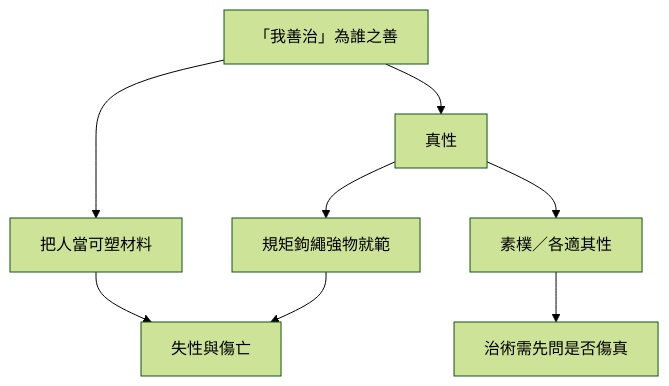
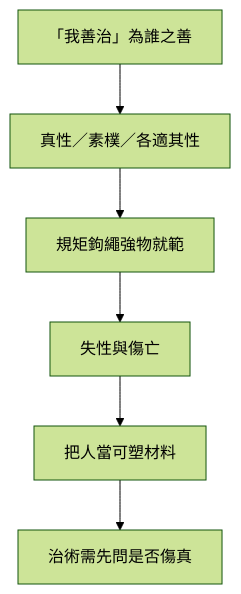
Before and after one commit to show0621/zhuangzi-atlas: the diagram in content/chapters/02-外篇/09-馬蹄.md, drawn with Mermaid (forest theme). The commit also changed other lines of this file and 35 other files, not shown here.

First line of the commit message:
fix(print): 全書心智圖改單欄並獨頁放大

````diff
--- a/content/chapters/02-外篇/09-馬蹄.md
+++ b/content/chapters/02-外篇/09-馬蹄.md
@@ -241,10 +241,9 @@
 ```mermaid
 flowchart TB
-  Q[「我善治」為誰之善] --> T[真性]
-  T --> G[規矩鉤繩強物就範]
-  G --> C[失性與傷亡]
-  Q --> P[把人當可塑材料]
-  P --> C
-  T --> S[素樸／各適其性]
-  S --> R[治術需先問是否傷真]
+  Q["「我善治」為誰之善"]
+  Q --> T["真性／素樸／各適其性"]
+  T --> G["規矩鉤繩強物就範"]
+  G --> C["失性與傷亡"]
+  C --> P["把人當可塑材料"]
+  P --> R["治術需先問是否傷真"]
 ```
````
